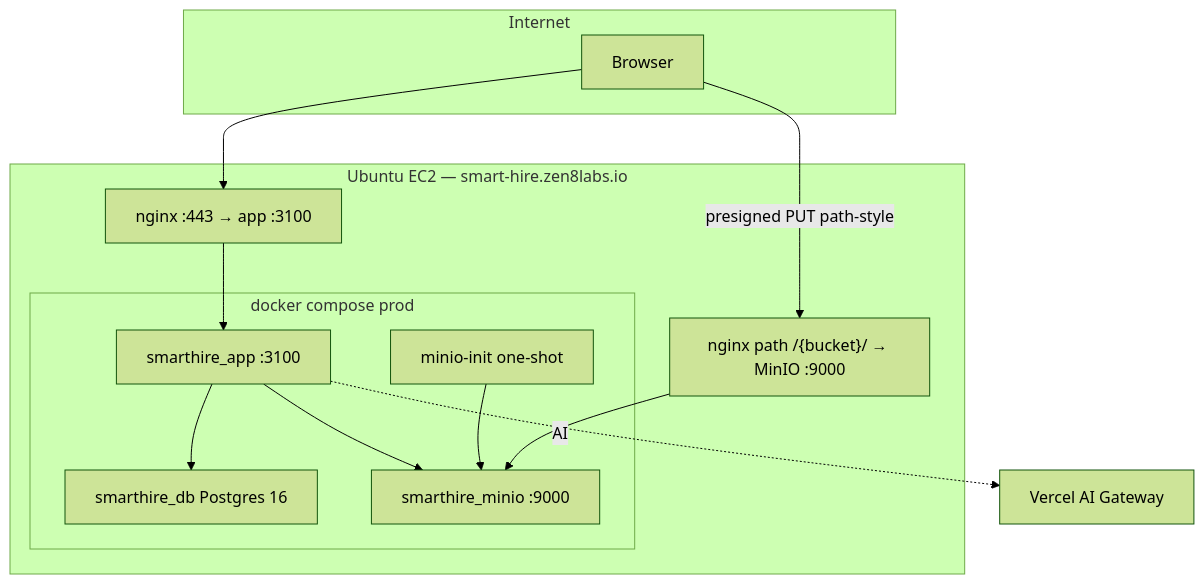
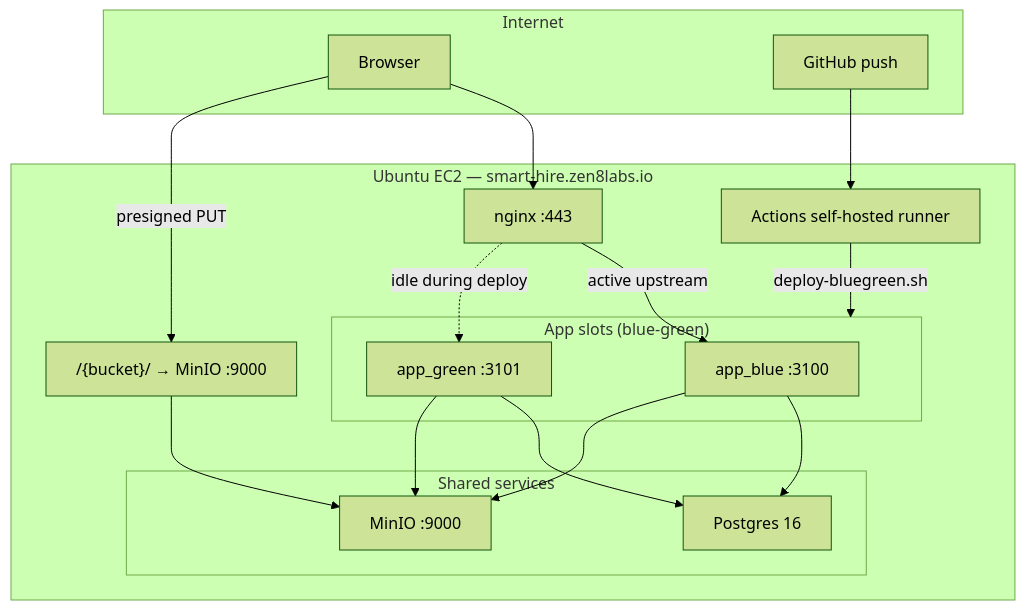
The third of 10 diagrams in docs/architecture.md (zen8labs-hackathon/SmartHire), drawn with Mermaid (forest theme) before and after one commit. The commit also changed other lines of this file, not shown here.

First line of the commit message:
Update architecture doc for blue-green deploy, CI/CD, and Vercel off.

````diff
--- a/docs/architecture.md
+++ b/docs/architecture.md
@@ -82,26 +82,33 @@
 ```mermaid
 flowchart TB
   subgraph Internet
     Browser["Browser"]
+    GH["GitHub push"]
   end
 
   subgraph EC2["Ubuntu EC2 — smart-hire.zen8labs.io"]
-    Nginx["nginx :443 → app :3100"]
-    NginxBucket["nginx path /{bucket}/ → MinIO :9000"]
-    subgraph Compose["docker compose prod"]
-      AppP["smarthire_app :3100"]
-      DBP["smarthire_db Postgres 16"]
-      MinIO["smarthire_minio :9000"]
-      Init["minio-init one-shot"]
-      AppP --> DBP
-      AppP --> MinIO
-      Init --> MinIO
+    Runner["Actions self-hosted runner"]
+    Nginx["nginx :443"]
+    NginxBucket["/{bucket}/ → MinIO :9000"]
+    subgraph Slots["App slots (blue-green)"]
+      Blue["app_blue :3100"]
+      Green["app_green :3101"]
     end
-    Nginx --> AppP
+    subgraph Shared["Shared services"]
+      DBP["Postgres 16"]
+      MinIO["MinIO :9000"]
+    end
+    Nginx -->|active upstream| Blue
+    Nginx -.->|idle during deploy| Green
+    Blue --> DBP
+    Green --> DBP
+    Blue --> MinIO
+    Green --> MinIO
     NginxBucket --> MinIO
+    Runner -->|deploy-bluegreen.sh| Slots
   end
 
+  GH --> Runner
   Browser --> Nginx
-  Browser -->|presigned PUT path-style| NginxBucket
-  AppP -.->|AI| Gateway["Vercel AI Gateway"]
+  Browser -->|presigned PUT| NginxBucket
 ```
````
